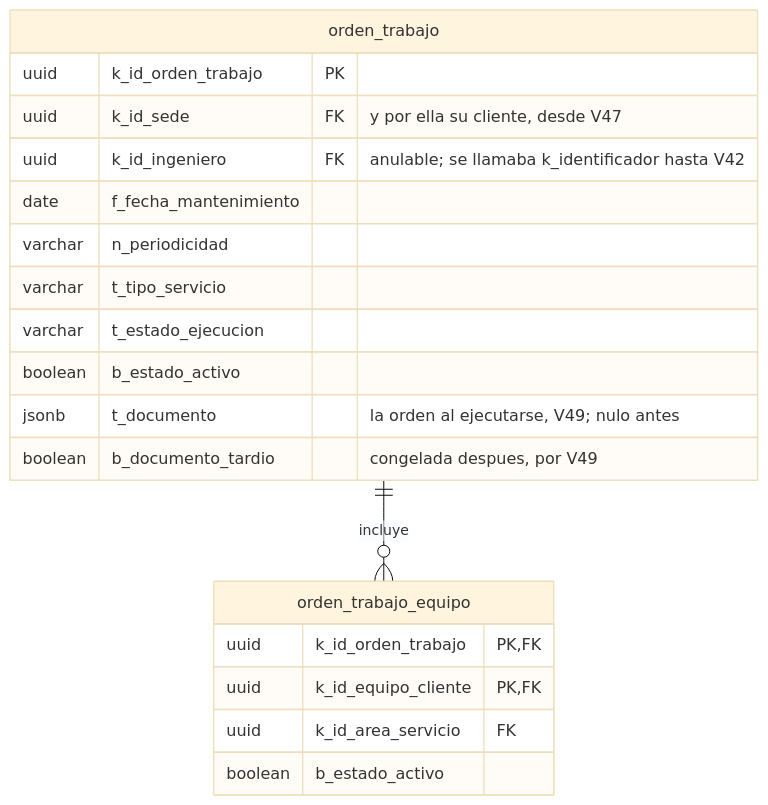
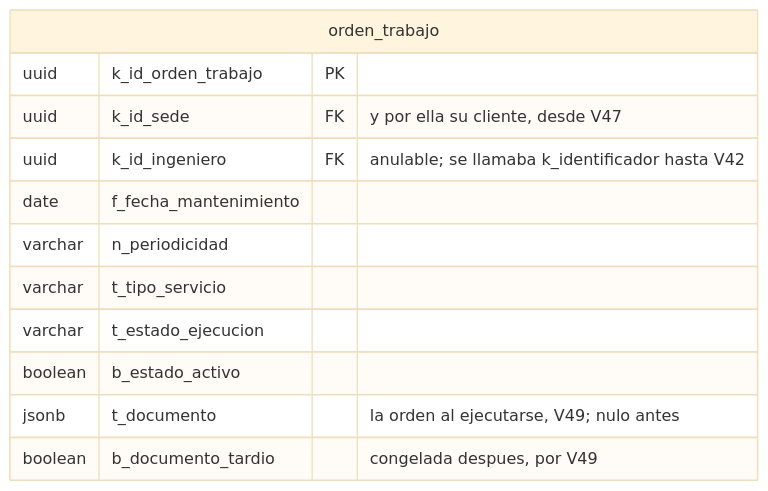
Before and after one commit to SeanBol222/MalphasOs: diagram 11 of 12 in SecondBrain/wiki/base-de-datos/esquema-bd-malphasos.md, drawn with Mermaid (base theme). The commit also changed other lines of this file and 9 other files, not shown here.

````diff
--- a/SecondBrain/wiki/base-de-datos/esquema-bd-malphasos.md
+++ b/SecondBrain/wiki/base-de-datos/esquema-bd-malphasos.md
@@ -712,22 +718,15 @@
 ```mermaid
 erDiagram
-    orden_trabajo ||--o{ orden_trabajo_equipo : "incluye"
     orden_trabajo {
         uuid k_id_orden_trabajo PK
         uuid k_id_sede FK "y por ella su cliente, desde V47"
         uuid k_id_ingeniero FK "anulable; se llamaba k_identificador hasta V42"
         date f_fecha_mantenimiento
         varchar n_periodicidad
         varchar t_tipo_servicio
         varchar t_estado_ejecucion
         boolean b_estado_activo
         jsonb t_documento "la orden al ejecutarse, V49; nulo antes"
         boolean b_documento_tardio "congelada despues, por V49"
     }
-    orden_trabajo_equipo {
-        uuid k_id_orden_trabajo PK, FK
-        uuid k_id_equipo_cliente PK, FK
-        uuid k_id_area_servicio FK
-        boolean b_estado_activo
-    }
 ```
````
